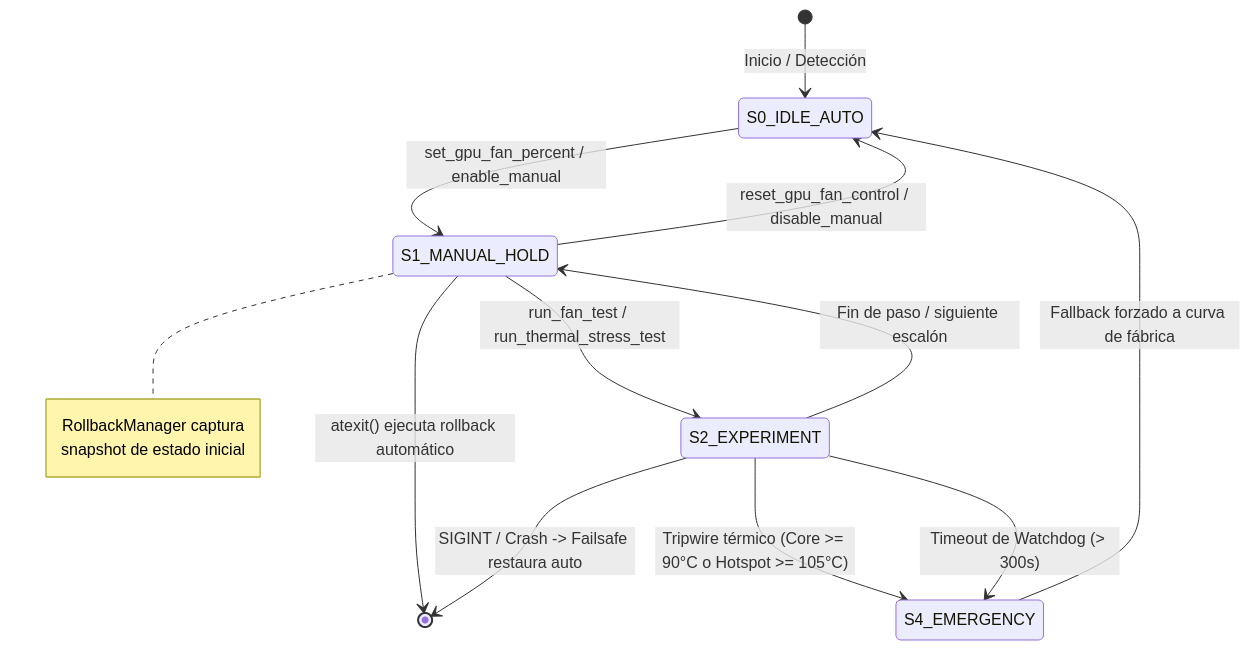
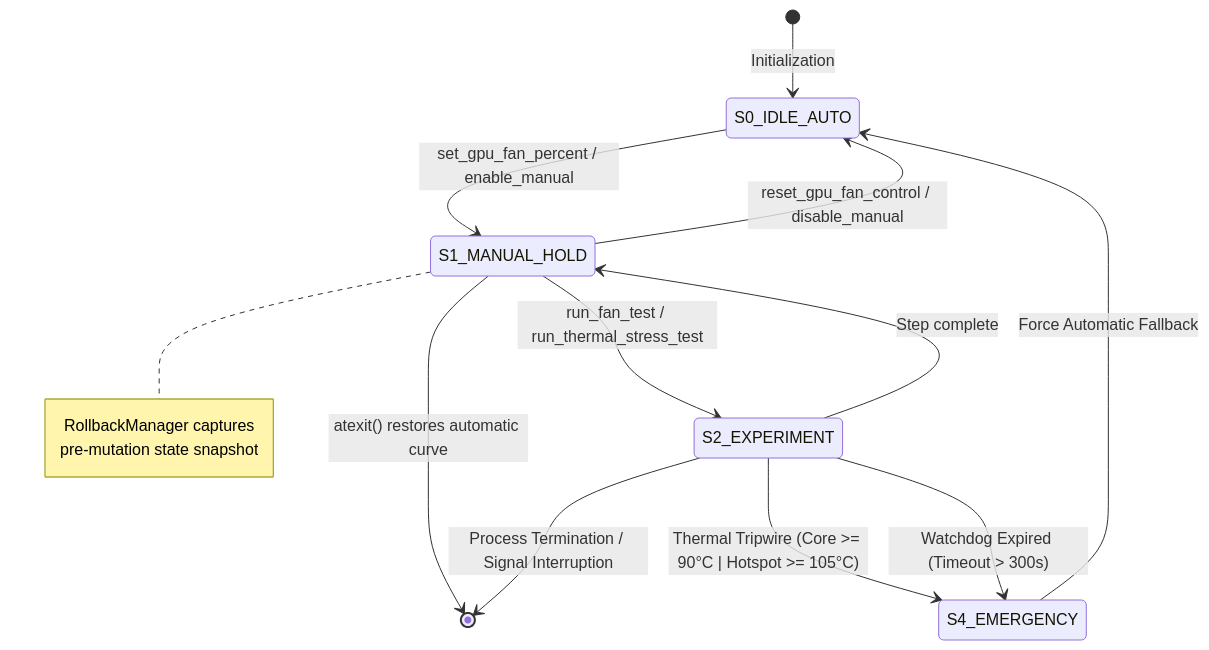
The diagram in README.md (aquinoalejandro/hwctl-for-agy), drawn with Mermaid before and after one commit. The commit also changed other lines of this file, not shown here.

````diff
--- a/README.md
+++ b/README.md
@@ -86,22 +82,21 @@
 ```mermaid
 stateDiagram-v2
-    [*] --> S0_IDLE_AUTO : Inicio / Detección
+    [*] --> S0_IDLE_AUTO : Initialization
 
     S0_IDLE_AUTO --> S1_MANUAL_HOLD : set_gpu_fan_percent / enable_manual
     note right of S1_MANUAL_HOLD
-        RollbackManager captura
-        snapshot de estado inicial
+        RollbackManager captures
+        pre-mutation state snapshot
     end note
 
     S1_MANUAL_HOLD --> S2_EXPERIMENT : run_fan_test / run_thermal_stress_test
-    
-    S2_EXPERIMENT --> S1_MANUAL_HOLD : Fin de paso / siguiente escalón
-    S2_EXPERIMENT --> S4_EMERGENCY : Tripwire térmico (Core >= 90°C o Hotspot >= 105°C)
-    S2_EXPERIMENT --> S4_EMERGENCY : Timeout de Watchdog (> 300s)
+    S2_EXPERIMENT --> S1_MANUAL_HOLD : Step complete
+    S2_EXPERIMENT --> S4_EMERGENCY : Thermal Tripwire (Core >= 90°C | Hotspot >= 105°C)
+    S2_EXPERIMENT --> S4_EMERGENCY : Watchdog Expired (Timeout > 300s)
 
     S1_MANUAL_HOLD --> S0_IDLE_AUTO : reset_gpu_fan_control / disable_manual
-    S4_EMERGENCY --> S0_IDLE_AUTO : Fallback forzado a curva de fábrica
+    S4_EMERGENCY --> S0_IDLE_AUTO : Force Automatic Fallback
     
-    S1_MANUAL_HOLD --> [*] : atexit() ejecuta rollback automático
-    S2_EXPERIMENT --> [*] : SIGINT / Crash -> Failsafe restaura auto
+    S1_MANUAL_HOLD --> [*] : atexit() restores automatic curve
+    S2_EXPERIMENT --> [*] : Process Termination / Signal Interruption
 ```
````
